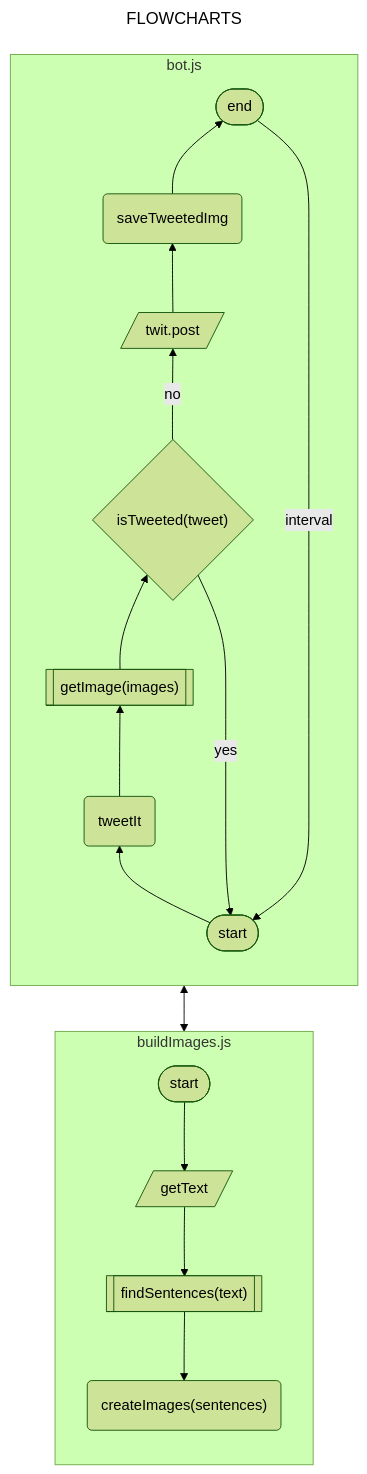
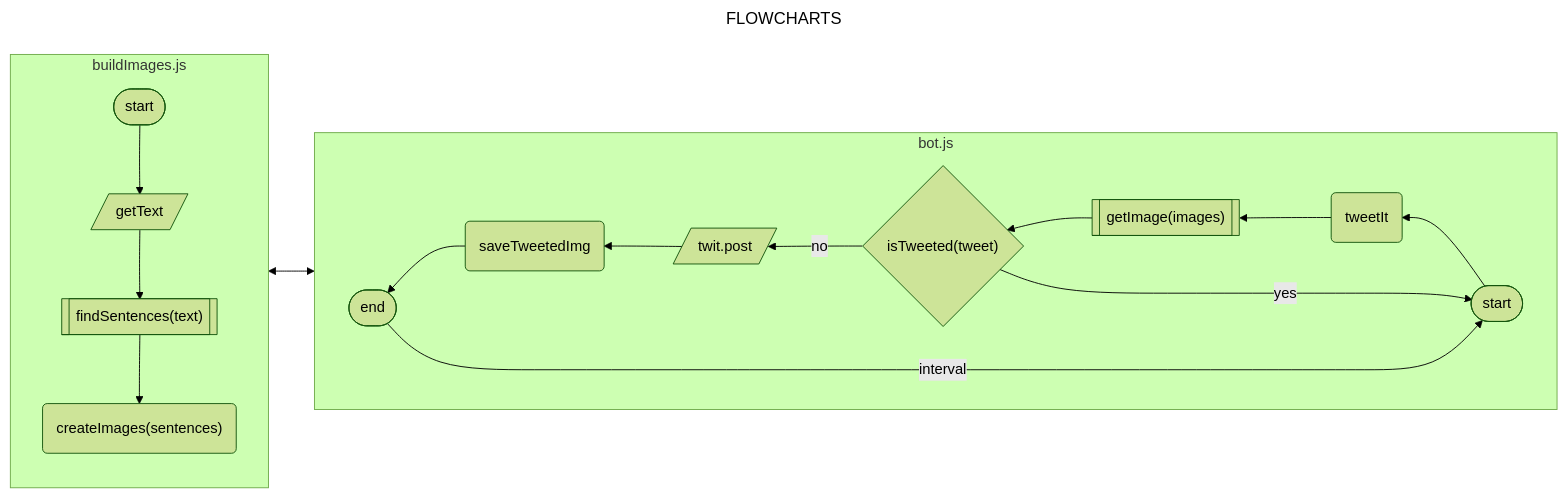
One commit to HadalyVillasclaras/unaImagenBot changed the diagram in README.md. Above: the diagram before and after it, drawn with Mermaid (forest theme).

Commit message:
update: flowchart

`````diff
--- a/README.md
+++ b/README.md
@@ -9,30 +9,30 @@
 ```mermaid
 ---
 title: FLOWCHARTS
 ---
 
-flowchart TB
+flowchart RL
 subgraph bot.js 
-direction BT
+direction RL
   A1([start]) --> A2(tweetIt)
   A2 --> A3[["getImage(images)"]]
   A3 --> A4{"isTweeted(tweet)"}
   A4-- yes --> A1
   A4-- no --> A5[/twit.post/]
   A5 --> A6(saveTweetedImg)
   A6 --> A7([end])
   A7 -- "interval" --> A1
 end
 
 subgraph buildImages.js
 direction TB
   B1([start]) --> B2[/getText/]
   B2 --> B3[["findSentences(text)"]]
   B3 --> B4("createImages(sentences)")
 end
 
 
 A3<-->B1
 
 
 ````
`````
